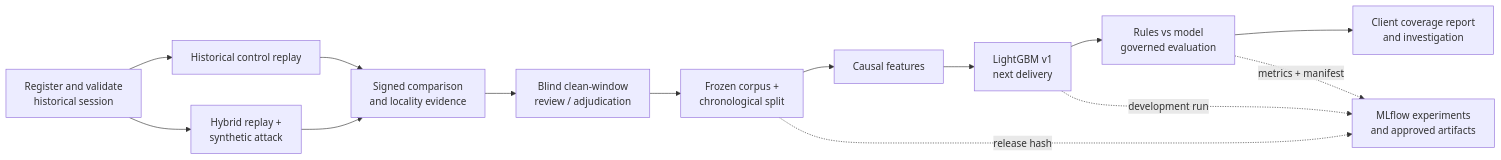
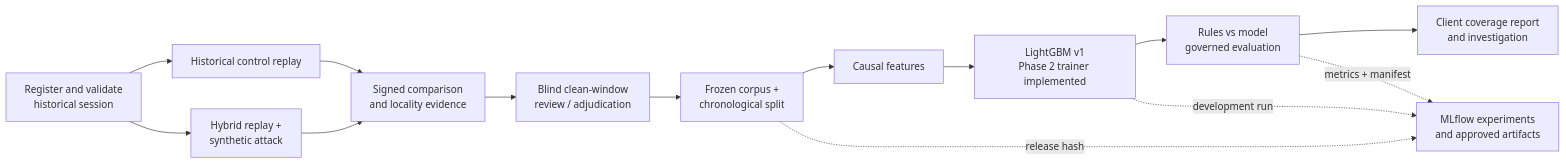
Before and after one commit to khab40/lob-arena: the second of 15 diagrams in docs/USE_CASES.md, drawn with Mermaid. The commit also changed other lines of this file and 18 other files, not shown here.

Commit message:
feat(ml): add deterministic LightGBM phase 2 trainer

````diff
--- a/docs/USE_CASES.md
+++ b/docs/USE_CASES.md
@@ -80,28 +80,28 @@
 ```mermaid
 flowchart LR
     Register["Register and validate<br/>historical session"]
     Replay["Historical control replay"]
     Inject["Hybrid replay +<br/>synthetic attack"]
     Evidence["Signed comparison<br/>and locality evidence"]
     Review["Blind clean-window<br/>review / adjudication"]
     Freeze["Frozen corpus +<br/>chronological split"]
     Features["Causal features"]
-    Train["LightGBM v1<br/>next delivery"]
+    Train["LightGBM v1<br/>Phase 2 trainer implemented"]
     Compare["Rules vs model<br/>governed evaluation"]
     Track["MLflow experiments<br/>and approved artifacts"]
     Client["Client coverage report<br/>and investigation"]
 
     Register --> Replay
     Register --> Inject
     Replay --> Evidence
     Inject --> Evidence
     Evidence --> Review
     Review --> Freeze
     Freeze --> Features
     Features --> Train
     Train --> Compare
     Compare --> Client
     Freeze -. "release hash" .-> Track
     Train -. "development run" .-> Track
     Compare -. "metrics + manifest" .-> Track
 ```
````
